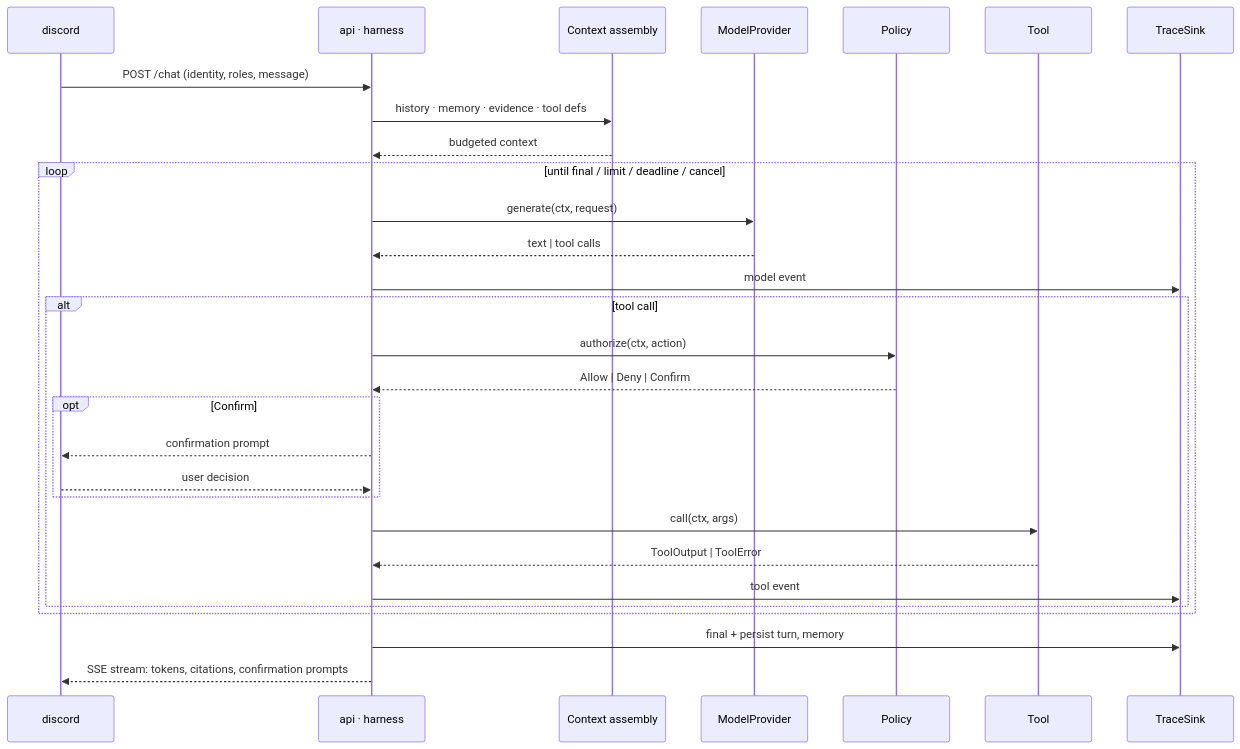
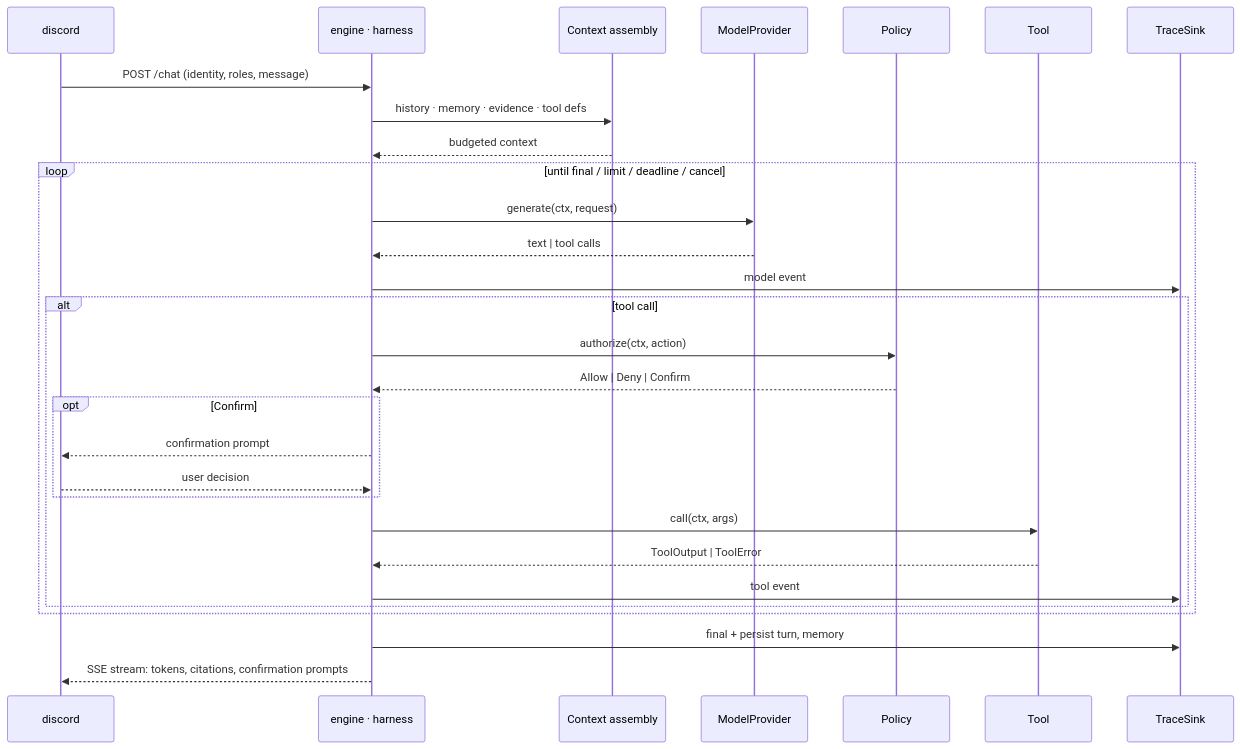
The third of 9 diagrams in docs/ARCHITECTURE.md (ashworks1706/SparkyAI), drawn with Mermaid before and after one commit. The commit also changed other lines of this file and 63 other files, not shown here.

First line of the commit message:
apps/api → apps/engine; modules regrouped as agent / knowledge / storage / routes

````diff
--- a/docs/ARCHITECTURE.md
+++ b/docs/ARCHITECTURE.md
@@ -195,32 +195,32 @@
 ```mermaid
 sequenceDiagram
     participant D as discord
-    participant H as api · harness
+    participant H as engine · harness
     participant C as Context assembly
     participant M as ModelProvider
     participant P as Policy
     participant T as Tool
     participant X as TraceSink
 
     D->>H: POST /chat (identity, roles, message)
     H->>C: history · memory · evidence · tool defs
     C-->>H: budgeted context
     loop until final / limit / deadline / cancel
         H->>M: generate(ctx, request)
         M-->>H: text | tool calls
         H->>X: model event
         alt tool call
             H->>P: authorize(ctx, action)
             P-->>H: Allow | Deny | Confirm
             opt Confirm
                 H-->>D: confirmation prompt
                 D-->>H: user decision
             end
             H->>T: call(ctx, args)
             T-->>H: ToolOutput | ToolError
             H->>X: tool event
         end
     end
     H->>X: final + persist turn, memory
     H-->>D: SSE stream: tokens, citations, confirmation prompts
 ```
````
